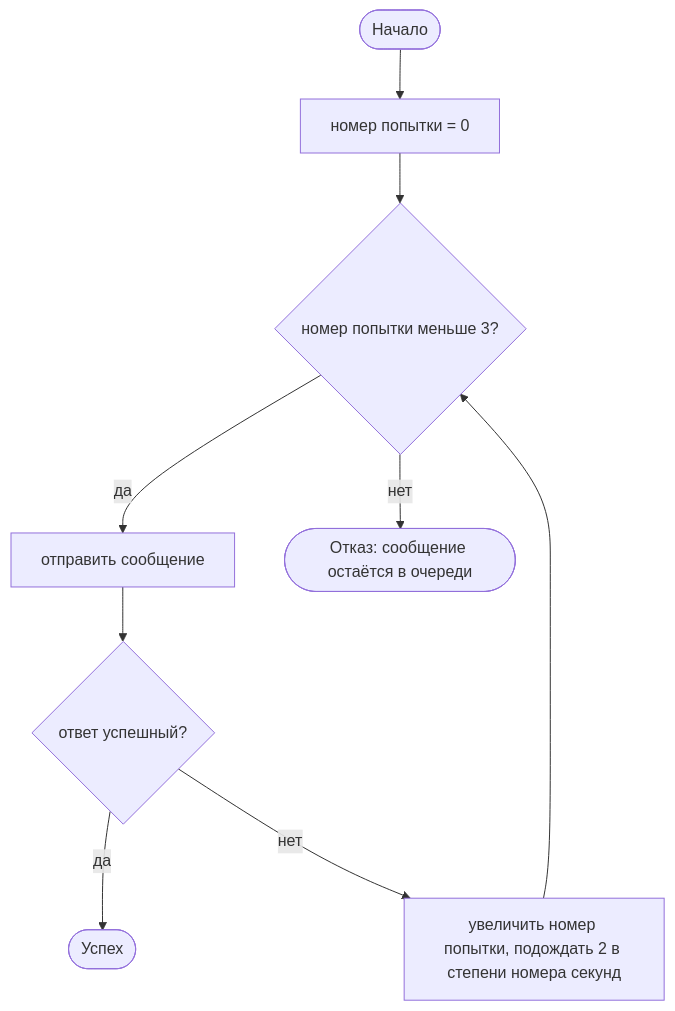
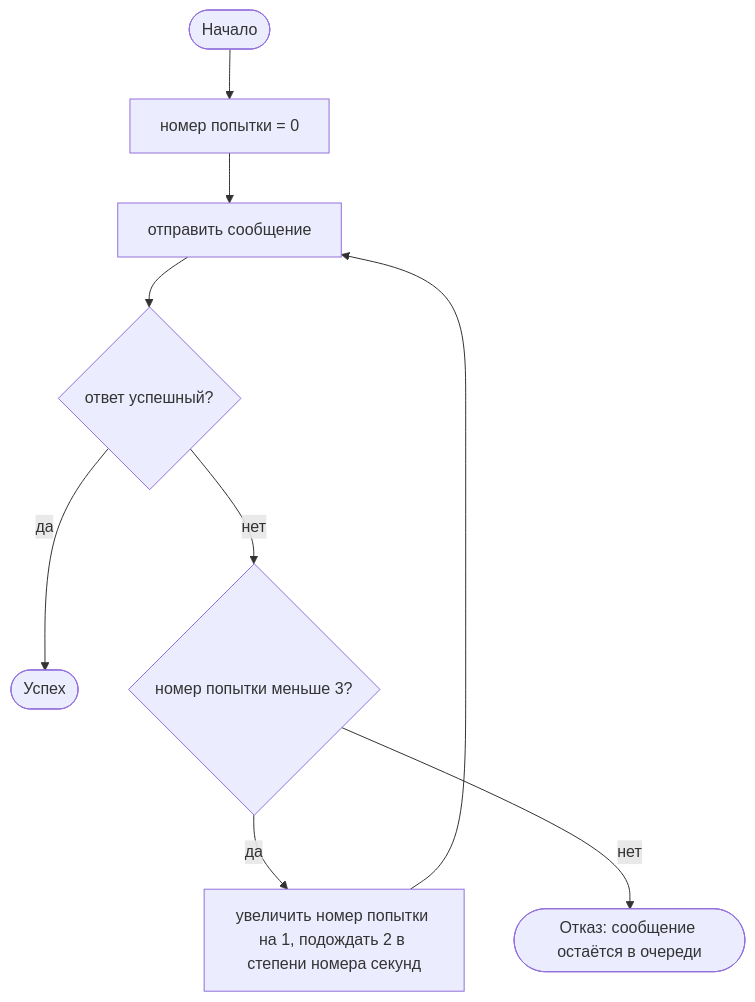
The diagram in skills/pseudocode-writer/references/flowchart.md (vugsk/armarium-linux-cli-plugin), drawn with Mermaid before and after one commit. The commit also changed other lines of this file and 82 other files, not shown here.

First line of the commit message:
feat(skills): add game, systems, graphics, math and physics mentors

````diff
--- a/skills/pseudocode-writer/references/flowchart.md
+++ b/skills/pseudocode-writer/references/flowchart.md
@@ -28,11 +28,11 @@
 ```mermaid
 flowchart TD
-    A([Начало]) --> B["номер попытки = 0"]
-    B --> C{"номер попытки меньше 3?"}
-    C -->|да| D["отправить сообщение"]
+    A(["Начало"]) --> B["номер попытки = 0"]
+    B --> D["отправить сообщение"]
     D --> E{"ответ успешный?"}
-    E -->|да| F([Успех])
-    E -->|нет| G["увеличить номер попытки, подождать 2 в степени номера секунд"]
-    G --> C
-    C -->|нет| H([Отказ: сообщение остаётся в очереди])
+    E -->|да| F(["Успех"])
+    E -->|нет| C{"номер попытки меньше 3?"}
+    C -->|да| G["увеличить номер попытки на 1, подождать 2 в степени номера секунд"]
+    G --> D
+    C -->|нет| H(["Отказ: сообщение остаётся в очереди"])
 ```
````
